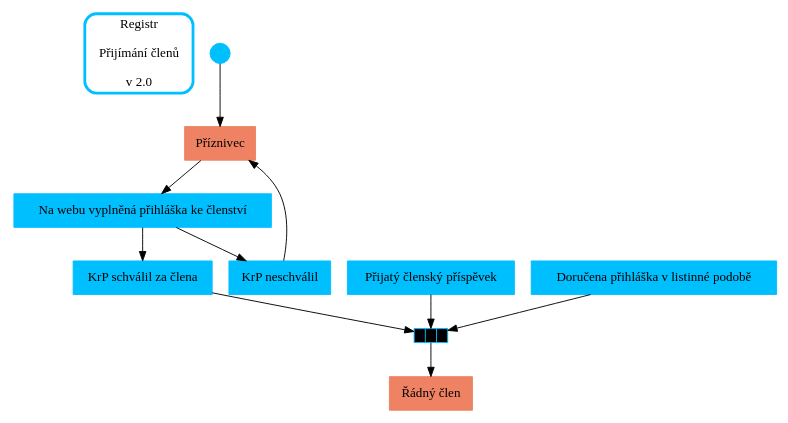
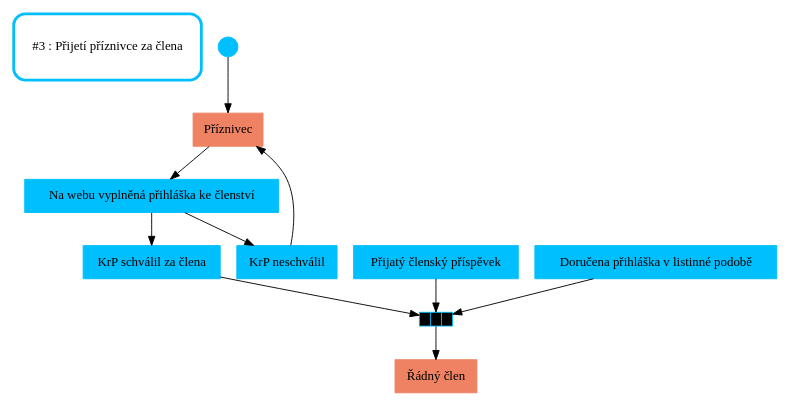
One commit to jstrachota/party_processes changed the diagram in _data/processes/03_prijeti_priznivce_za_clena.dot. Above: the diagram before and after it, drawn with Graphviz. The commit also changed 10 other files, not shown here.

```diff
--- a/_data/processes/03_prijeti_priznivce_za_clena.dot
+++ b/_data/processes/03_prijeti_priznivce_za_clena.dot
@@ -1,30 +1,30 @@
 digraph G {
-  graph [	fontname = "Helvetica-Oblique", size = "8,8"  ];
-  node [	shape = polygon,
+  graph [	fontname = "Helvetica-Oblique", size = "8,8" ];
+  node [ shape = polygon,
     sides = 4,
     color = deepskyblue,
     style = filled,
     fontname = "Helvetica-Outline" ];
 
-  owner [shape=rect style=rounded penwidth=3 height=1.0 label="Registr\n\nPřijímání členů\n\nv 2.0"]
+  owner [shape=rect style=rounded penwidth=3 height=1.0 label="#3 : Přijetí příznivce za člena"]
 
   # stavajici priznivec zada o clenstvi
   start -> priznivec -> zadost_o_clenstvi_priznivce -> prijeti_priznivce -> splneni_podminek
   platba_prispevku -> splneni_podminek
   prijata_prihlaska -> splneni_podminek
   splneni_podminek -> clen
 
   # Priznivec nebyl prijat, je z nej nadale priznivce
   zadost_o_clenstvi_priznivce -> neprijeti_priznivce -> priznivec
 
   start [shape=point height=0.3 label="Start"]
   clen [label="Řádný člen",color=salmon2]
   priznivec [label="Příznivec",color=salmon2]
   zadost_o_clenstvi_priznivce[label="Na webu vyplněná přihláška ke členství"]
   platba_prispevku[label="Přijatý členský příspěvek"]
   prijata_prihlaska[label="Doručena přihláška v listinné podobě"]
   neprijeti_priznivce[label="KrP neschválil"]
   prijeti_priznivce[label="KrP schválil za člena"]
   splneni_podminek[ shape = "record", height = 0.05, width = 0.5, margin = "0,0", style = "filled", label = "<f0>|<f1>|<f2>", fillcolor="black" ]
 
 }
```
